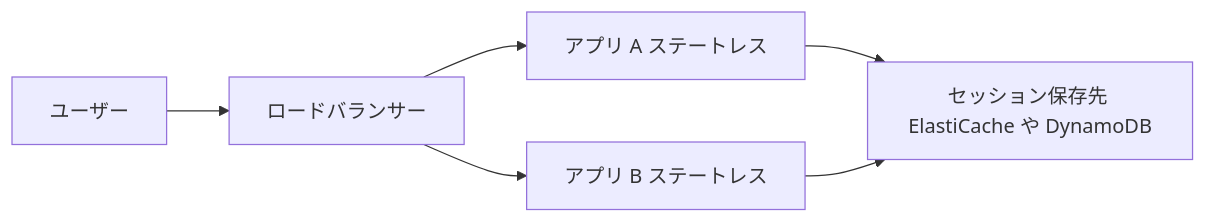
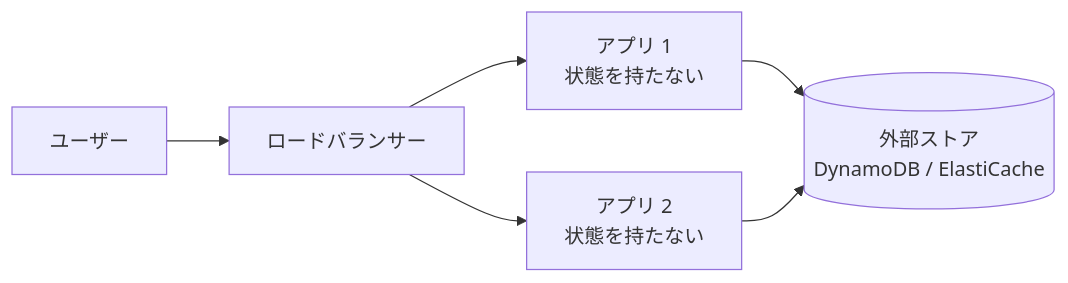
One commit to myoshi2891/Cloud-Infrastructure-and-Network-Studies changed the fourth of 31 diagrams in Dva-c02-domain1-development-with-aws-services-guide.md. Above: the diagram before and after it, drawn with Mermaid. The commit also changed other lines of this file, not shown here.

````diff
--- a/Dva-c02-domain1-development-with-aws-services-guide.md
+++ b/Dva-c02-domain1-development-with-aws-services-guide.md
@@ -202,8 +223,8 @@
 ```mermaid
 flowchart LR
-    U["ユーザー"] --> LB["ロードバランサー"]
-    LB --> A1["アプリ A ステートレス"]
-    LB --> A2["アプリ B ステートレス"]
-    A1 --> S["セッション保存先 ElastiCache や DynamoDB"]
-    A2 --> S
+    U["ユーザー"] --> ALB["ロードバランサー"]
+    ALB --> A["アプリ 1<br/>状態を持たない"]
+    ALB --> B["アプリ 2<br/>状態を持たない"]
+    A --> S[("外部ストア<br/>DynamoDB / ElastiCache")]
+    B --> S
 ```
````
